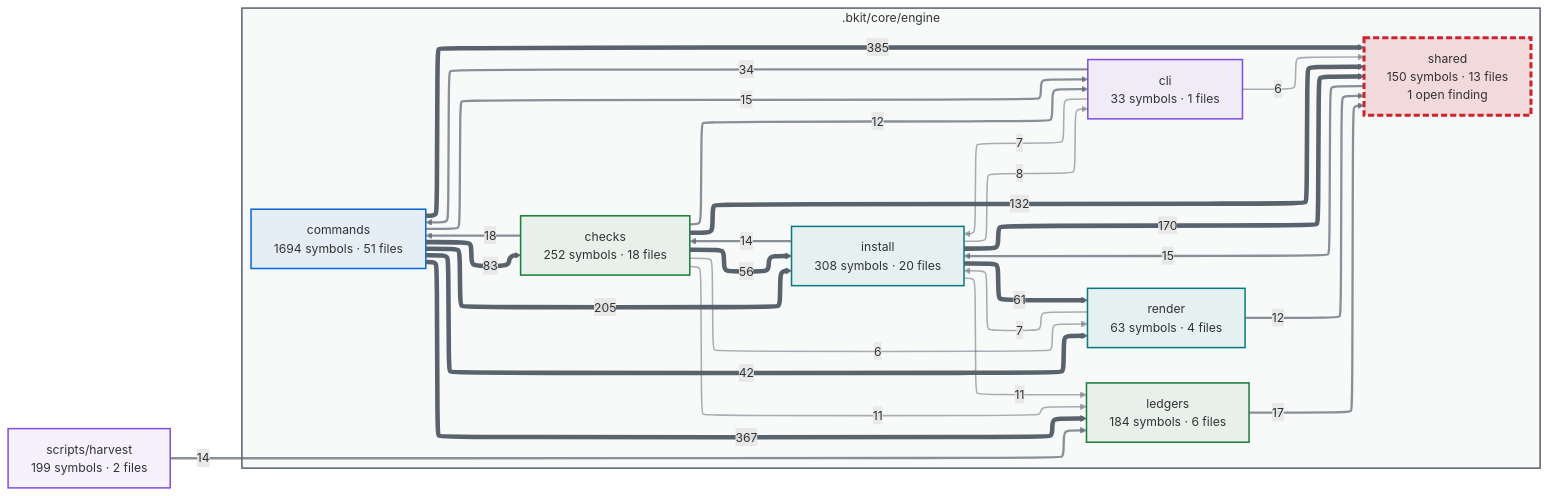
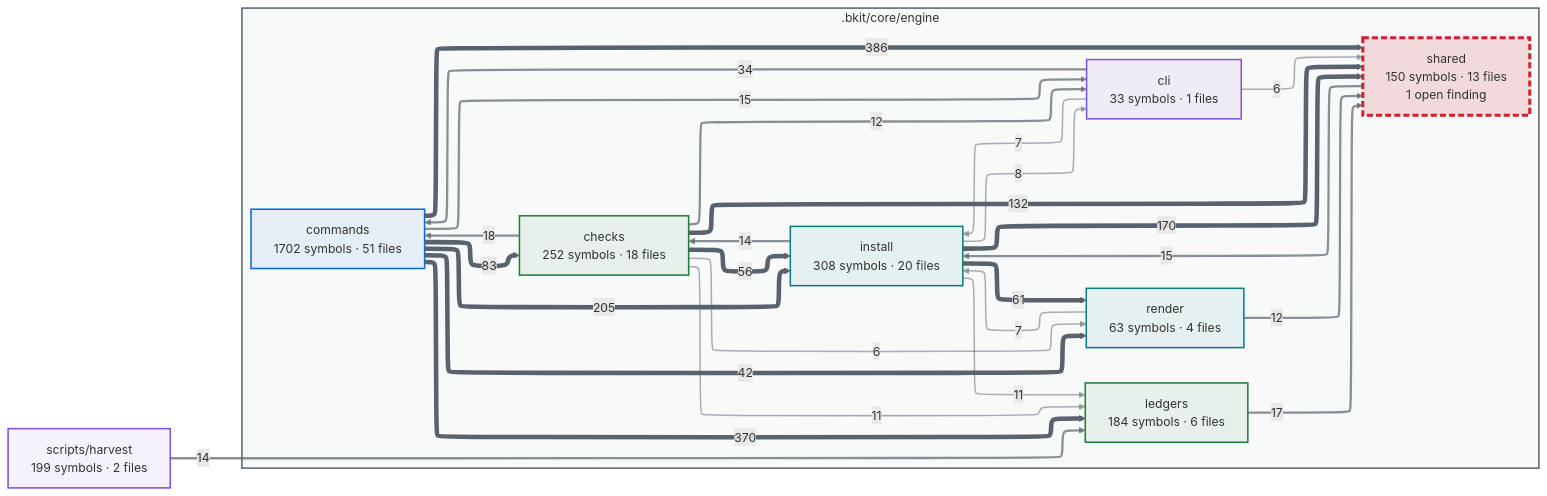
The first of 2 diagrams in docs/capabilities.md (cbartens/bkit), drawn with Mermaid before and after one commit. The commit also changed other lines of this file and 10 other files, not shown here.

````diff
--- a/docs/capabilities.md
+++ b/docs/capabilities.md
@@ -154,80 +154,80 @@
 ```mermaid
 ---
 config:
   layout: elk
   themeCSS: "marker { overflow: visible; } marker path { transform: scale(1.8); transform-origin: 5px 5px; }"
   flowchart:
     useMaxWidth: false
 ---
 flowchart LR
   %% Generated by bkit-graphify-rollup.py — do not edit
   subgraph gn_bkit_core_engine[".bkit/core/engine"]
     n_bkit_core_engine_checks["checks<br/>252 symbols · 18 files"]
     n_bkit_core_engine_cli["cli<br/>33 symbols · 1 files"]
-    n_bkit_core_engine_commands["commands<br/>1694 symbols · 51 files"]
+    n_bkit_core_engine_commands["commands<br/>1702 symbols · 51 files"]
     n_bkit_core_engine_install["install<br/>308 symbols · 20 files"]
     n_bkit_core_engine_ledgers["ledgers<br/>184 symbols · 6 files"]
     n_bkit_core_engine_render["render<br/>63 symbols · 4 files"]
     n_bkit_core_engine_shared["shared<br/>150 symbols · 13 files<br/>1 open finding"]
   end
   nscripts_harvest["scripts/harvest<br/>199 symbols · 2 files"]
-  n_bkit_core_engine_commands -->|385| n_bkit_core_engine_shared
-  n_bkit_core_engine_commands -->|367| n_bkit_core_engine_ledgers
+  n_bkit_core_engine_commands -->|386| n_bkit_core_engine_shared
+  n_bkit_core_engine_commands -->|370| n_bkit_core_engine_ledgers
   n_bkit_core_engine_commands -->|205| n_bkit_core_engine_install
   n_bkit_core_engine_install -->|170| n_bkit_core_engine_shared
   n_bkit_core_engine_checks -->|132| n_bkit_core_engine_shared
   n_bkit_core_engine_commands -->|83| n_bkit_core_engine_checks
   n_bkit_core_engine_install -->|61| n_bkit_core_engine_render
   n_bkit_core_engine_checks -->|56| n_bkit_core_engine_install
   n_bkit_core_engine_commands -->|42| n_bkit_core_engine_render
   n_bkit_core_engine_cli -->|34| n_bkit_core_engine_commands
   n_bkit_core_engine_checks -->|18| n_bkit_core_engine_commands
   n_bkit_core_engine_ledgers -->|17| n_bkit_core_engine_shared
   n_bkit_core_engine_shared -->|15| n_bkit_core_engine_install
   n_bkit_core_engine_commands -->|15| n_bkit_core_engine_cli
   n_bkit_core_engine_install -->|14| n_bkit_core_engine_checks
   nscripts_harvest -->|14| n_bkit_core_engine_ledgers
   n_bkit_core_engine_checks -->|12| n_bkit_core_engine_cli
   n_bkit_core_engine_render -->|12| n_bkit_core_engine_shared
   n_bkit_core_engine_checks -->|11| n_bkit_core_engine_ledgers
   n_bkit_core_engine_install -->|11| n_bkit_core_engine_ledgers
   n_bkit_core_engine_install -->|8| n_bkit_core_engine_cli
   n_bkit_core_engine_cli -->|7| n_bkit_core_engine_install
   n_bkit_core_engine_render -->|7| n_bkit_core_engine_install
   n_bkit_core_engine_checks -->|6| n_bkit_core_engine_render
   n_bkit_core_engine_cli -->|6| n_bkit_core_engine_shared
   style gn_bkit_core_engine fill:#59636e0a,stroke:#59636e,stroke-width:2px
   style n_bkit_core_engine_checks stroke:#1a7f37,stroke-width:2px,fill:#1a7f3714
   style n_bkit_core_engine_cli stroke:#8250df,stroke-width:2px,fill:#8250df14
   style n_bkit_core_engine_commands stroke:#0969da,stroke-width:2px,fill:#0969da14
   style n_bkit_core_engine_install stroke:#0a7b83,stroke-width:2px,fill:#0a7b8314
   style n_bkit_core_engine_ledgers stroke:#1a7f37,stroke-width:2px,fill:#1a7f3714
   style n_bkit_core_engine_render stroke:#0a7b83,stroke-width:2px,fill:#0a7b8314
   style n_bkit_core_engine_shared stroke:#cf222e,stroke-width:4px,stroke-dasharray:8 4,fill:#cf222e26
   style nscripts_harvest stroke:#8250df,stroke-width:2px,fill:#8250df14
   linkStyle 0 stroke:#59636e,stroke-width:6px
   linkStyle 1 stroke:#59636e,stroke-width:6px
   linkStyle 2 stroke:#59636e,stroke-width:6px
   linkStyle 3 stroke:#59636e,stroke-width:6px
   linkStyle 4 stroke:#59636e,stroke-width:6px
   linkStyle 5 stroke:#59636e,stroke-width:6px
   linkStyle 6 stroke:#59636e,stroke-width:6px
   linkStyle 7 stroke:#59636e,stroke-width:6px
   linkStyle 8 stroke:#59636e,stroke-width:6px
   linkStyle 9 stroke:#59636eb3,stroke-width:3px
   linkStyle 10 stroke:#59636eb3,stroke-width:3px
   linkStyle 11 stroke:#59636eb3,stroke-width:3px
   linkStyle 12 stroke:#59636eb3,stroke-width:3px
   linkStyle 13 stroke:#59636eb3,stroke-width:3px
   linkStyle 14 stroke:#59636eb3,stroke-width:3px
   linkStyle 15 stroke:#59636eb3,stroke-width:3px
   linkStyle 16 stroke:#59636eb3,stroke-width:3px
   linkStyle 17 stroke:#59636eb3,stroke-width:3px
   linkStyle 18 stroke:#59636e80,stroke-width:2px
   linkStyle 19 stroke:#59636e80,stroke-width:2px
   linkStyle 20 stroke:#59636e80,stroke-width:2px
   linkStyle 21 stroke:#59636e80,stroke-width:2px
   linkStyle 22 stroke:#59636e80,stroke-width:2px
   linkStyle 23 stroke:#59636e80,stroke-width:2px
   linkStyle 24 stroke:#59636e80,stroke-width:2px
 ```
````
